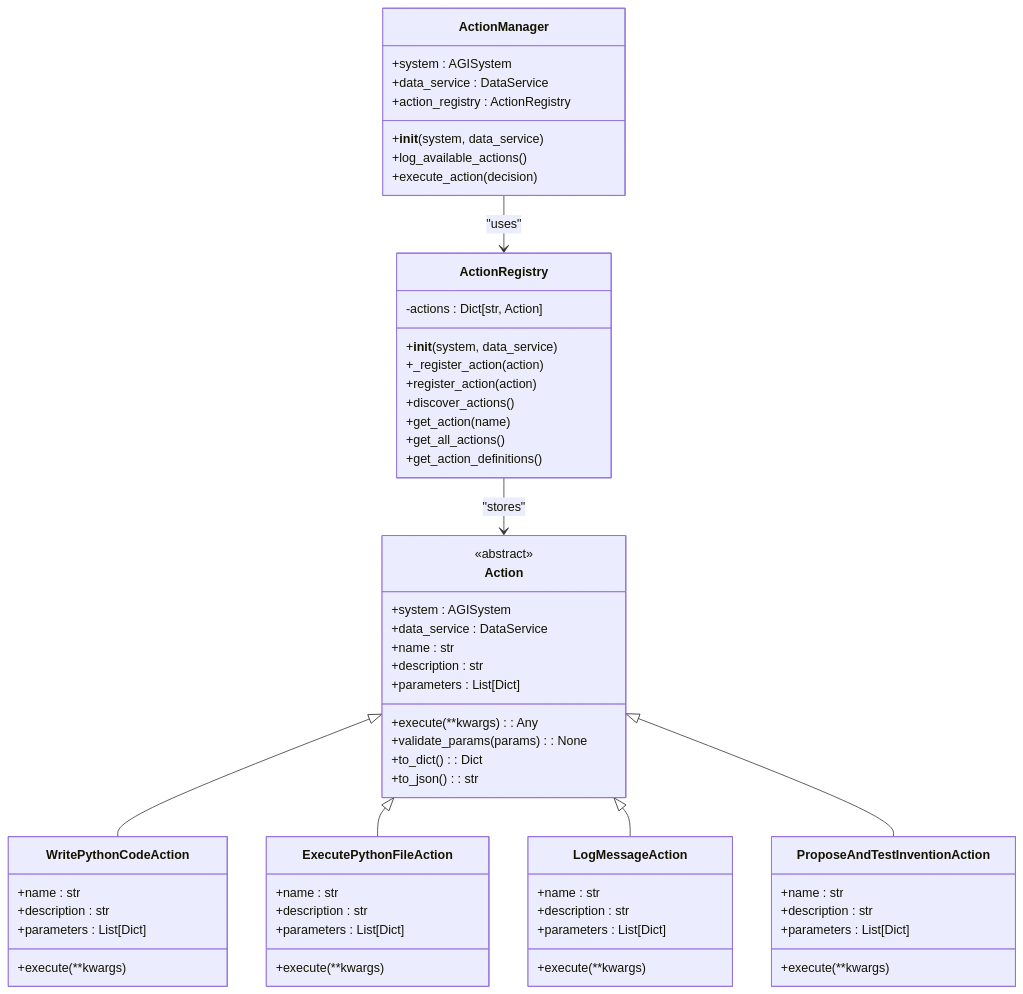
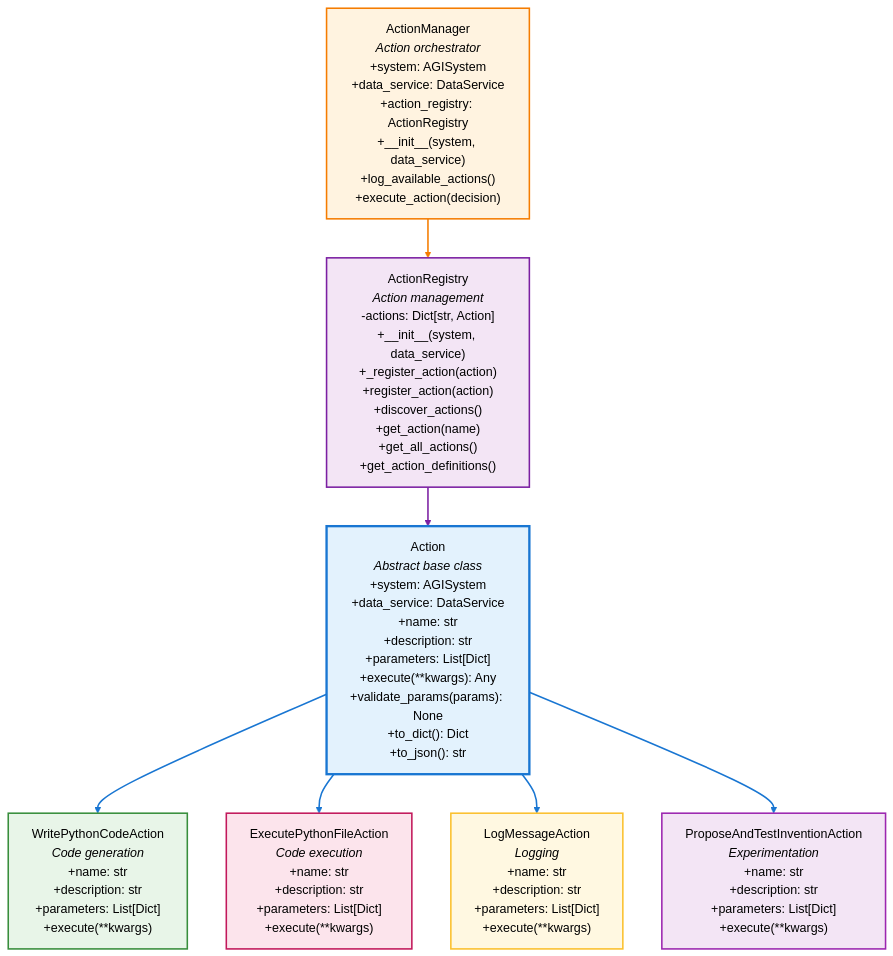
One commit to Likhithsai2580/RAVANA-WIKI changed the second of 5 diagrams in docs/Architecture & Design/Key Design Patterns/Registry Pattern for Actions.md. Above: the diagram before and after it, drawn with Mermaid. The commit also changed 15 other files, not shown here.

Commit message:
fix mermaid diagrams

````diff
--- a/docs/Architecture & Design/Key Design Patterns/Registry Pattern for Actions.md
+++ b/docs/Architecture & Design/Key Design Patterns/Registry Pattern for Actions.md
@@ -61,63 +61,41 @@
 ```mermaid
-classDiagram
-class Action {
-<<abstract>>
-+system : AGISystem
-+data_service : DataService
-+name : str
-+description : str
-+parameters : List[Dict]
-+execute(**kwargs) : Any
-+validate_params(params) : None
-+to_dict() : Dict
-+to_json() : str
-}
-class ActionRegistry {
--actions : Dict[str, Action]
-+__init__(system, data_service)
-+_register_action(action)
-+register_action(action)
-+discover_actions()
-+get_action(name)
-+get_all_actions()
-+get_action_definitions()
-}
-class ActionManager {
-+system : AGISystem
-+data_service : DataService
-+action_registry : ActionRegistry
-+__init__(system, data_service)
-+log_available_actions()
-+execute_action(decision)
-}
-class WritePythonCodeAction {
-+name : str
-+description : str
-+parameters : List[Dict]
-+execute(**kwargs)
-}
-class ExecutePythonFileAction {
-+name : str
-+description : str
-+parameters : List[Dict]
-+execute(**kwargs)
-}
-class LogMessageAction {
-+name : str
-+description : str
-+parameters : List[Dict]
-+execute(**kwargs)
-}
-class ProposeAndTestInventionAction {
-+name : str
-+description : str
-+parameters : List[Dict]
-+execute(**kwargs)
-}
-Action <|-- WritePythonCodeAction
-Action <|-- ExecutePythonFileAction
-Action <|-- LogMessageAction
-Action <|-- ProposeAndTestInventionAction
-ActionRegistry --> Action : "stores"
-ActionManager --> ActionRegistry : "uses"
+flowchart TD
+    Action["Action<br/><i>Abstract base class</i><br/>+system: AGISystem<br/>+data_service: DataService<br/>+name: str<br/>+description: str<br/>+parameters: List[Dict]<br/>+execute(**kwargs): Any<br/>+validate_params(params): None<br/>+to_dict(): Dict<br/>+to_json(): str"]
+    
+    ActionRegistry["ActionRegistry<br/><i>Action management</i><br/>-actions: Dict[str, Action]<br/>+__init__(system, data_service)<br/>+_register_action(action)<br/>+register_action(action)<br/>+discover_actions()<br/>+get_action(name)<br/>+get_all_actions()<br/>+get_action_definitions()"]
+    
+    ActionManager["ActionManager<br/><i>Action orchestrator</i><br/>+system: AGISystem<br/>+data_service: DataService<br/>+action_registry: ActionRegistry<br/>+__init__(system, data_service)<br/>+log_available_actions()<br/>+execute_action(decision)"]
+    
+    WritePythonCodeAction["WritePythonCodeAction<br/><i>Code generation</i><br/>+name: str<br/>+description: str<br/>+parameters: List[Dict]<br/>+execute(**kwargs)"]
+    
+    ExecutePythonFileAction["ExecutePythonFileAction<br/><i>Code execution</i><br/>+name: str<br/>+description: str<br/>+parameters: List[Dict]<br/>+execute(**kwargs)"]
+    
+    LogMessageAction["LogMessageAction<br/><i>Logging</i><br/>+name: str<br/>+description: str<br/>+parameters: List[Dict]<br/>+execute(**kwargs)"]
+    
+    ProposeAndTestInventionAction["ProposeAndTestInventionAction<br/><i>Experimentation</i><br/>+name: str<br/>+description: str<br/>+parameters: List[Dict]<br/>+execute(**kwargs)"]
+    
+    Action --> WritePythonCodeAction
+    Action --> ExecutePythonFileAction
+    Action --> LogMessageAction
+    Action --> ProposeAndTestInventionAction
+    
+    ActionRegistry --> Action
+    ActionManager --> ActionRegistry
+    
+    %% Styling
+    style Action fill:#e3f2fd,stroke:#1976d2,stroke-width:3px,color:#000
+    style ActionRegistry fill:#f3e5f5,stroke:#7b1fa2,stroke-width:2px,color:#000
+    style ActionManager fill:#fff3e0,stroke:#f57c00,stroke-width:2px,color:#000
+    style WritePythonCodeAction fill:#e8f5e8,stroke:#388e3c,stroke-width:2px,color:#000
+    style ExecutePythonFileAction fill:#fce4ec,stroke:#c2185b,stroke-width:2px,color:#000
+    style LogMessageAction fill:#fff8e1,stroke:#fbc02d,stroke-width:2px,color:#000
+    style ProposeAndTestInventionAction fill:#f3e5f5,stroke:#9c27b0,stroke-width:2px,color:#000
+    
+    %% Link styling
+    linkStyle 0 stroke:#1976d2,stroke-width:2px
+    linkStyle 1 stroke:#1976d2,stroke-width:2px
+    linkStyle 2 stroke:#1976d2,stroke-width:2px
+    linkStyle 3 stroke:#1976d2,stroke-width:2px
+    linkStyle 4 stroke:#7b1fa2,stroke-width:2px
+    linkStyle 5 stroke:#f57c00,stroke-width:2px
 ```
````
